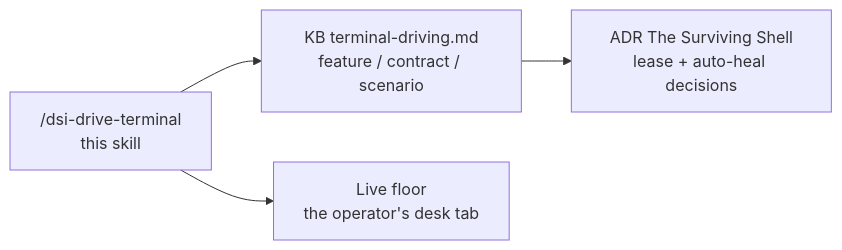
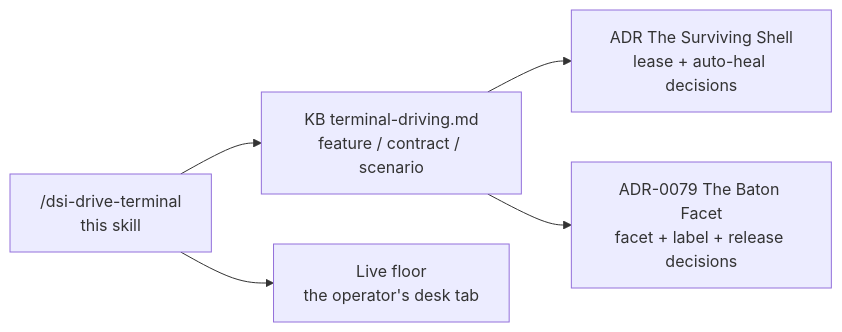
One commit to mitmplay/dsh-insight changed the second of 2 diagrams in skills/dsi-drive-terminal/SKILL.md. Above: the diagram before and after it, drawn with Mermaid. The commit also changed other lines of this file and 22 other files, not shown here.

````diff
--- a/skills/dsi-drive-terminal/SKILL.md
+++ b/skills/dsi-drive-terminal/SKILL.md
@@ -229,6 +282,7 @@
 ```mermaid
 flowchart LR
     A["/dsi-drive-terminal<br/>this skill"] --> B["KB terminal-driving.md<br/>feature / contract / scenario"]
     B --> C["ADR The Surviving Shell<br/>lease + auto-heal decisions"]
+    B --> G["ADR-0079 The Baton Facet<br/>facet + label + release decisions"]
     A --> D["Live floor<br/>the operator's desk tab"]
 ```
````
